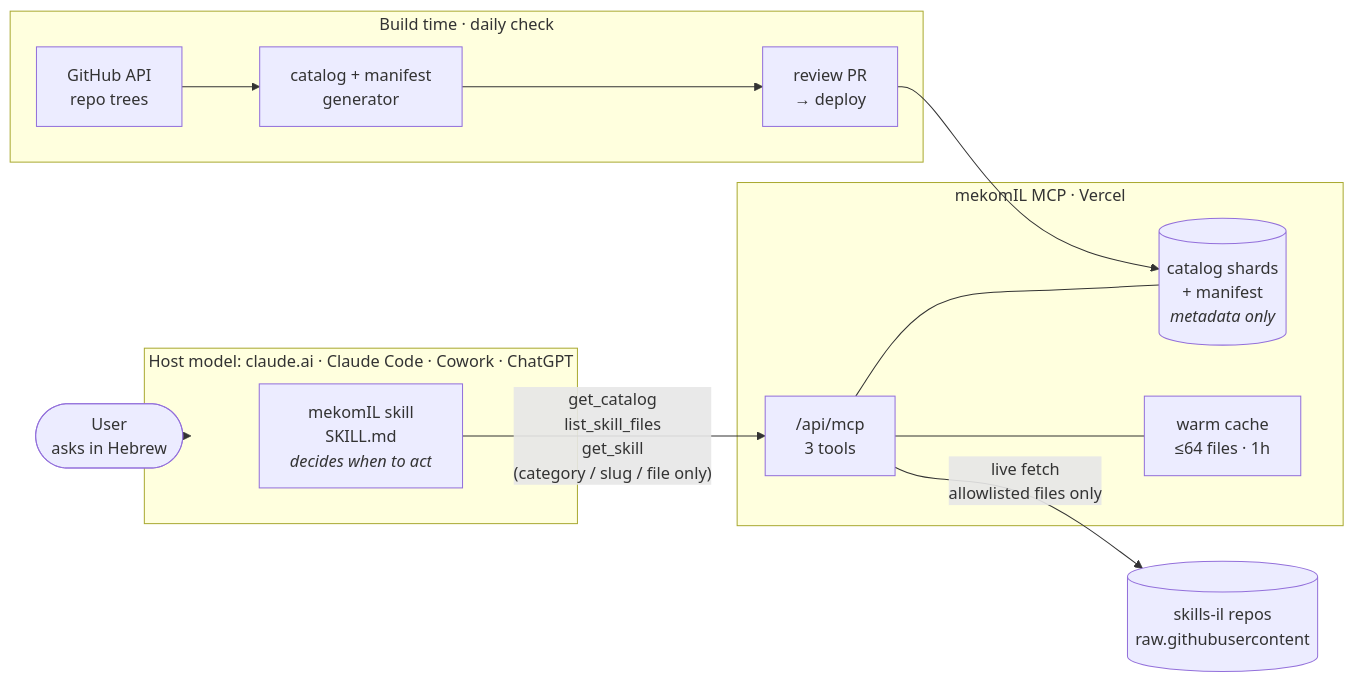
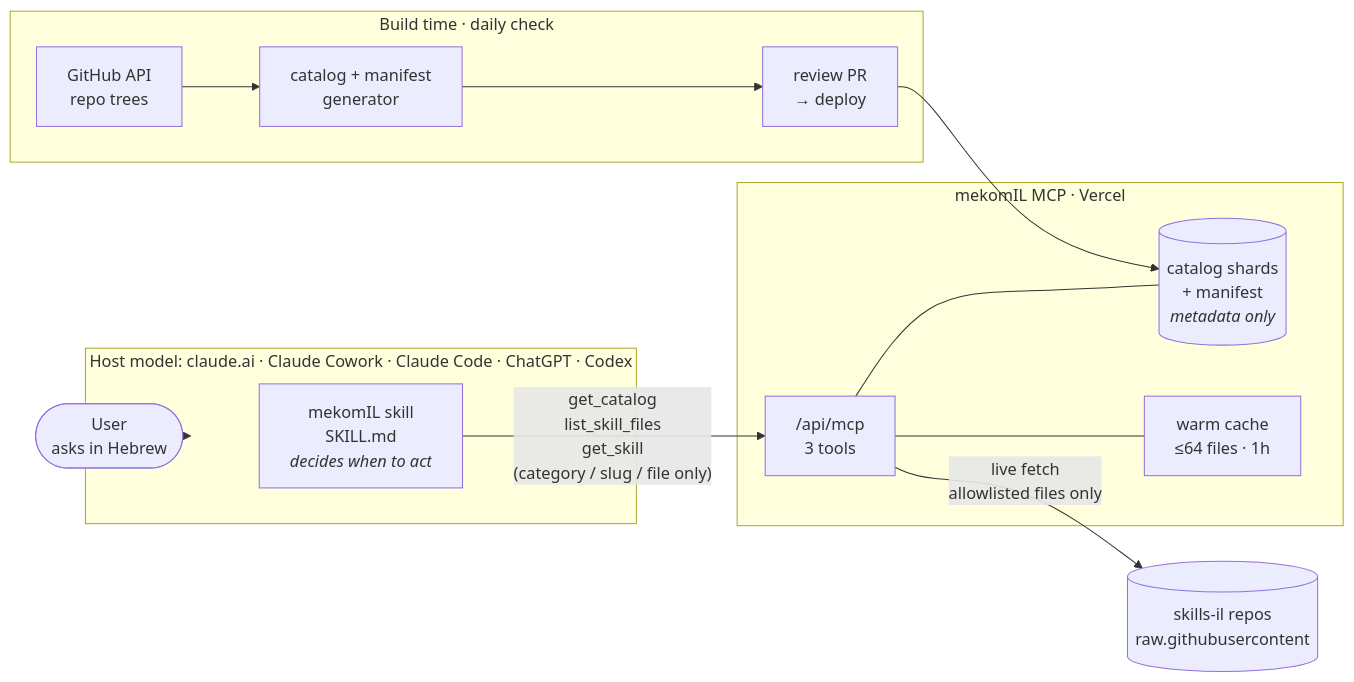
One commit to ilanvys/mekomil changed the first of 3 diagrams in README.md. Above: the diagram before and after it, drawn with Mermaid. The commit also changed other lines of this file, not shown here.

````diff
--- a/README.md
+++ b/README.md
@@ -100,25 +99,25 @@
 ```mermaid
 flowchart LR
   U(["User<br/>asks in Hebrew"]) --> H
 
-  subgraph H["Host model: claude.ai · Claude Code · Cowork · ChatGPT"]
+  subgraph H["Host model: claude.ai · Claude Cowork · Claude Code · ChatGPT · Codex"]
     S["mekomIL skill<br/>SKILL.md<br/><i>decides when to act</i>"]
   end
 
   S -- "get_catalog<br/>list_skill_files<br/>get_skill<br/>(category / slug / file only)" --> M
 
   subgraph V["mekomIL MCP · Vercel"]
     M["/api/mcp<br/>3 tools"]
     D[("catalog shards<br/>+ manifest<br/><i>metadata only</i>")]
     C["warm cache<br/>≤64 files · 1h"]
     M --- D
     M --- C
   end
 
   M -- "live fetch<br/>allowlisted files only" --> R[("skills-il repos<br/>raw.githubusercontent")]
 
   subgraph B["Build time · daily check"]
     G["GitHub API<br/>repo trees"] --> P["catalog + manifest<br/>generator"] --> Q["review PR<br/>→ deploy"]
   end
   Q --> D
 ```
````
